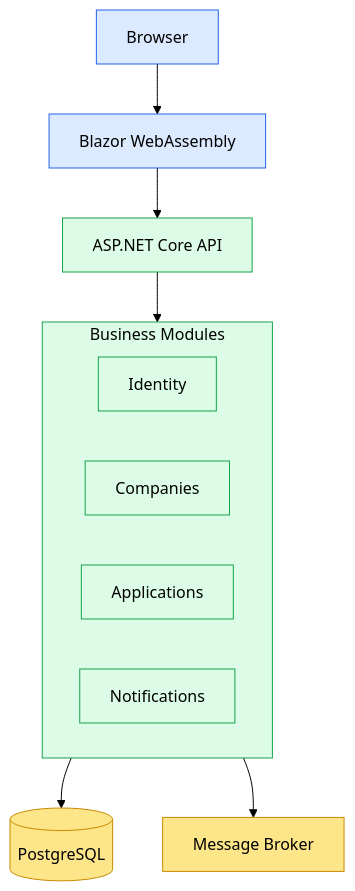
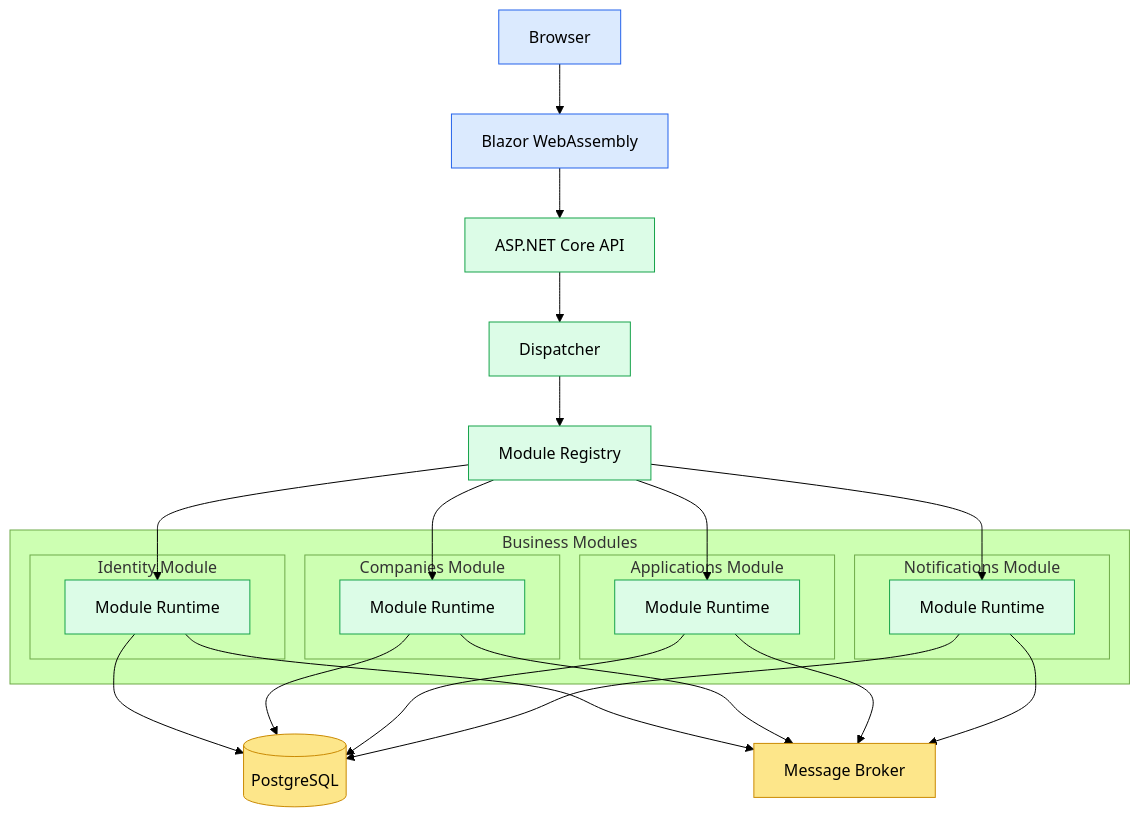
The first of 7 diagrams in docs/architecture/09-runtime.md (soufiane-rizk/Jobwize), drawn with Mermaid (forest theme) before and after one commit. The commit also changed other lines of this file and 42 other files, not shown here.

First line of the commit message:
feat(runtime): replace MediatR with custom module runtime

````diff
--- a/docs/architecture/09-runtime.md
+++ b/docs/architecture/09-runtime.md
@@ -24,36 +24,66 @@
 ```mermaid
 flowchart TD
 
     Browser["Browser"]
 
     Frontend["Blazor WebAssembly"]
 
     Api["ASP.NET Core API"]
 
+    Dispatcher["Dispatcher"]
+
+    Registry["Module Registry"]
+
     subgraph Modules["Business Modules"]
-        Identity
-        Companies
-        Applications
-        Notifications
+
+        subgraph Identity["Identity Module"]
+            IdentityRuntime["Module Runtime"]
+        end
+
+        subgraph Companies["Companies Module"]
+            CompaniesRuntime["Module Runtime"]
+        end
+
+        subgraph Applications["Applications Module"]
+            ApplicationsRuntime["Module Runtime"]
+        end
+
+        subgraph Notifications["Notifications Module"]
+            NotificationsRuntime["Module Runtime"]
+        end
+
     end
 
     Database[(PostgreSQL)]
 
     Broker["Message Broker"]
 
     Browser --> Frontend
     Frontend --> Api
 
-    Api --> Modules
+    Api --> Dispatcher
+    Dispatcher --> Registry
 
-    Modules --> Database
-    Modules --> Broker
+    Registry --> IdentityRuntime
+    Registry --> CompaniesRuntime
+    Registry --> ApplicationsRuntime
+    Registry --> NotificationsRuntime
+
+    IdentityRuntime --> Database
+    CompaniesRuntime --> Database
+    ApplicationsRuntime --> Database
+    NotificationsRuntime --> Database
+
+    IdentityRuntime --> Broker
+    CompaniesRuntime --> Broker
+    ApplicationsRuntime --> Broker
+    NotificationsRuntime --> Broker
 
     classDef client fill:#dbeafe,stroke:#2563eb,color:#000;
     classDef application fill:#dcfce7,stroke:#16a34a,color:#000;
     classDef infrastructure fill:#fde68a,stroke:#ca8a04,color:#000;
 
     class Browser,Frontend client;
-    class Api,Modules,Identity,Companies,Applications,Notifications application;
+    class Api,Dispatcher,Registry,IdentityRuntime,CompaniesRuntime,ApplicationsRuntime,NotificationsRuntime application;
     class Database,Broker infrastructure;
 ```
````
